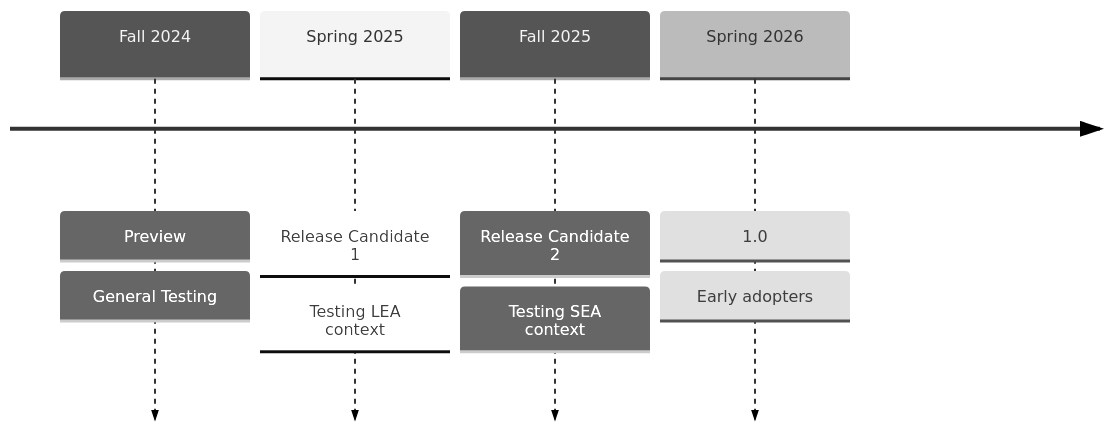
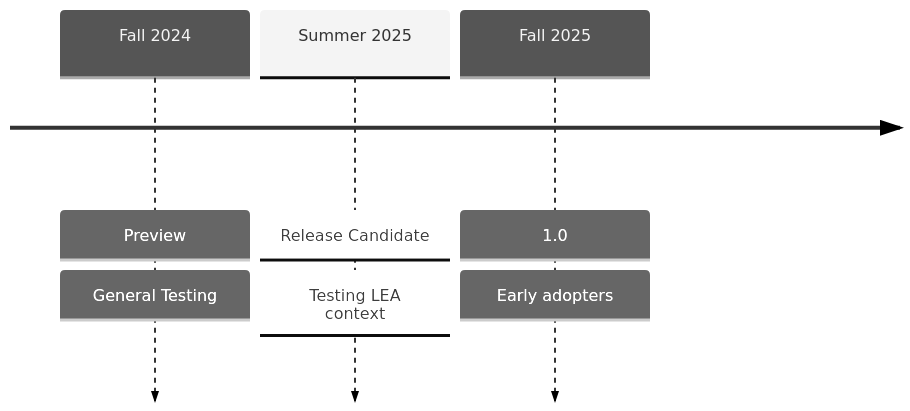
Before and after one commit to Ed-Fi-Alliance-OSS/ed-fi-alliance-oss.github.io: the diagram in docs/reference/0-roadmap/api-faq.mdx, drawn with Mermaid. The commit also changed other lines of this file, not shown here.

````diff
--- a/docs/reference/0-roadmap/api-faq.mdx
+++ b/docs/reference/0-roadmap/api-faq.mdx
@@ -104,12 +93,10 @@
 ```mermaid
 %%{init: { 'theme': 'neutral' } }%%
 timeline
     Fall 2024 : Preview
          : General Testing
-    Spring 2025 : Release Candidate 1
+    Summer 2025 : Release Candidate
          : Testing LEA context
-    Fall 2025 : Release Candidate 2
-         : Testing SEA context
-    Spring 2026 : 1.0
+    Fall 2025 : 1.0
          : Early adopters
 ```
````
